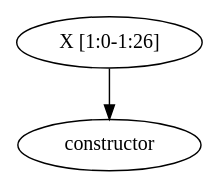
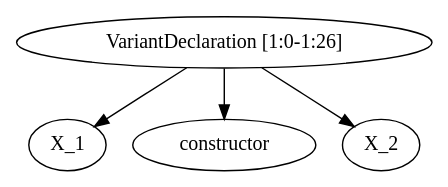
Before and after one commit to akhirsch/Pirouette-Compiler: the diagram in examples/variant_declaration.dot, drawn with Graphviz. The commit also changed 1 other file, not shown here.

Commit message:
correctly parses variant declaration

```diff
--- a/examples/variant_declaration.dot
+++ b/examples/variant_declaration.dot
@@ -1,5 +1,7 @@
 digraph G {
-n0 [label="X [1:0-1:26]"];
+n0 [label="VariantDeclaration [1:0-1:26]"];
+n0 -> X_1;
 n0 -> constructor;
+n0 -> X_2;
 
 }
```
